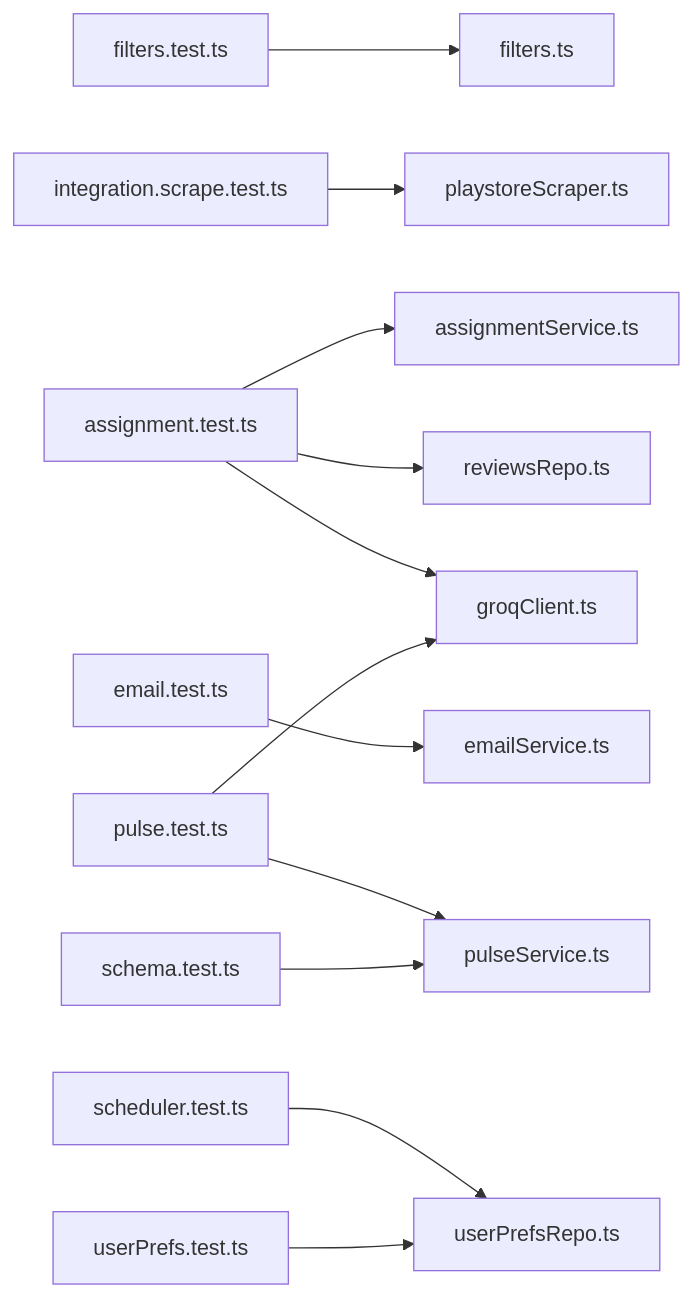
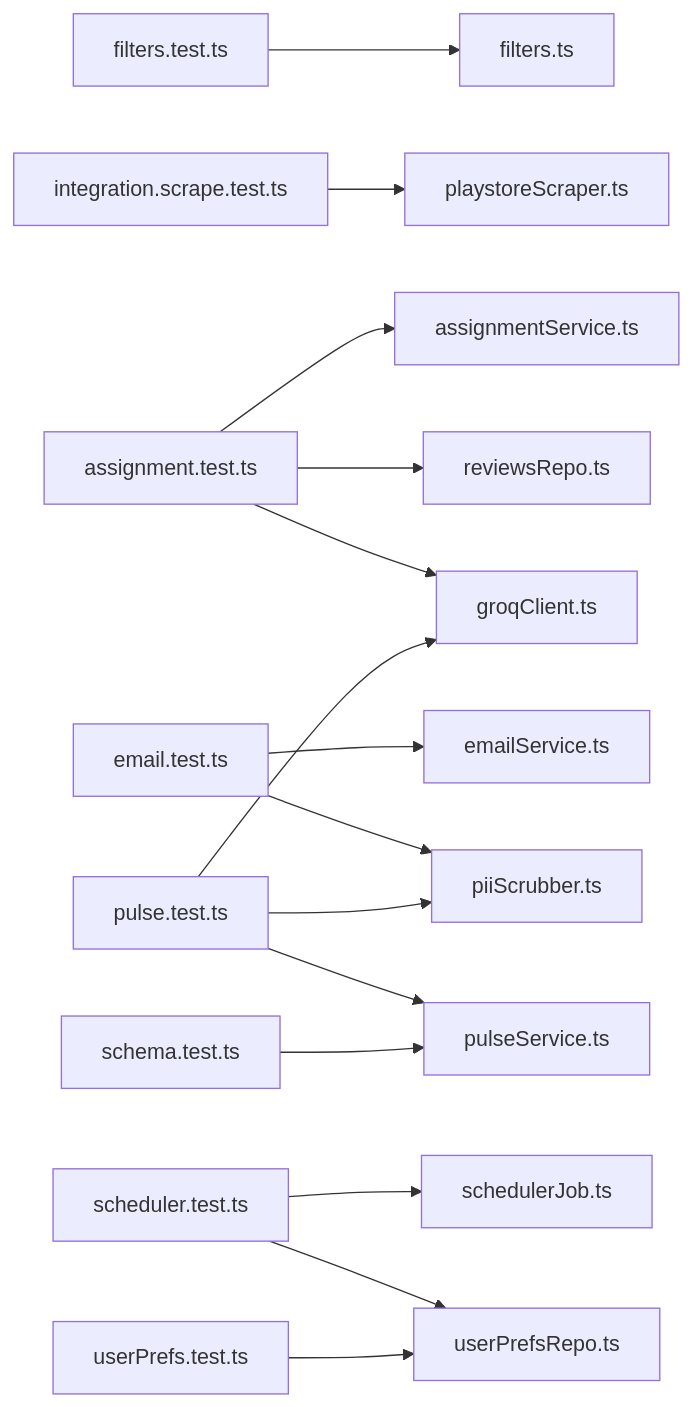
Before and after one commit to aravinthraj-ramalingam/Groww-App-Review-Insights-Analyzer-: diagram 11 of 11 in .qoder/repowiki/en/content/Testing Strategy.md, drawn with Mermaid. The commit also changed other lines of this file and 11 other files, not shown here.

````diff
--- a/.qoder/repowiki/en/content/Testing Strategy.md
+++ b/.qoder/repowiki/en/content/Testing Strategy.md
@@ -423,14 +498,17 @@
 ```mermaid
 graph LR
 FT["filters.test.ts"] --> FIL["filters.ts"]
 IST["integration.scrape.test.ts"] --> SCR["playstoreScraper.ts"]
 ATS["assignment.test.ts"] --> ASS["assignmentService.ts"]
 ATS --> RVS["reviewsRepo.ts"]
 ATS --> GROQ["groqClient.ts"]
 ETS["email.test.ts"] --> EMS["emailService.ts"]
+ETS --> PS["piiScrubber.ts"]
 PTS["pulse.test.ts"] --> PLS["pulseService.ts"]
 PTS --> GROQ
-STS["scheduler.test.ts"] --> UPR["userPrefsRepo.ts"]
+PTS --> PS
+STS["scheduler.test.ts"] --> SJ["schedulerJob.ts"]
+STS --> UPR["userPrefsRepo.ts"]
 UTS["userPrefs.test.ts"] --> UPR
 SCHEMA["schema.test.ts"] --> PLS
 ```
````
